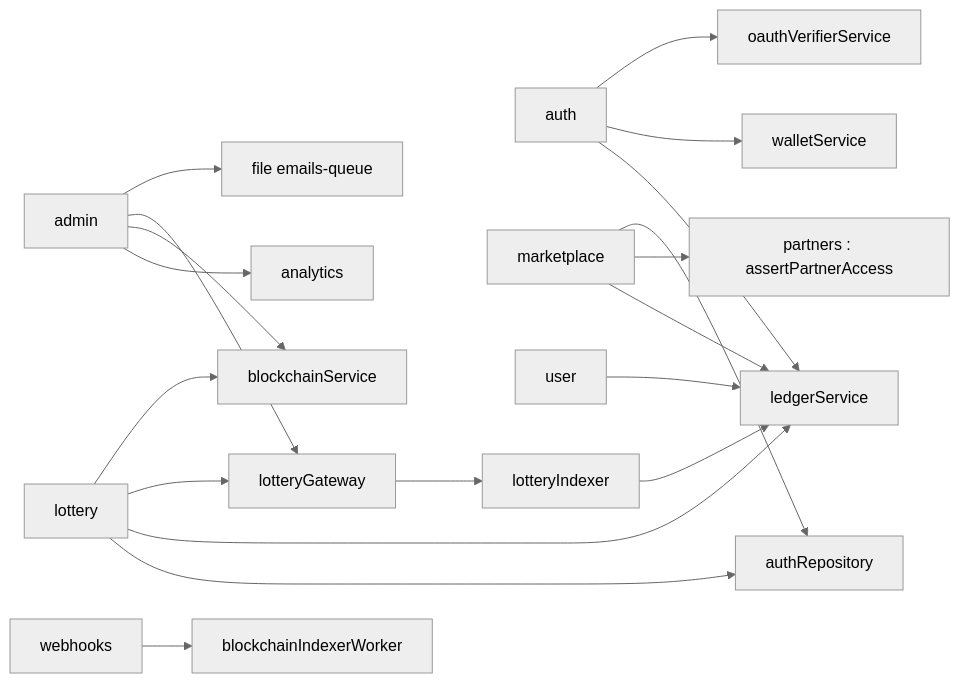
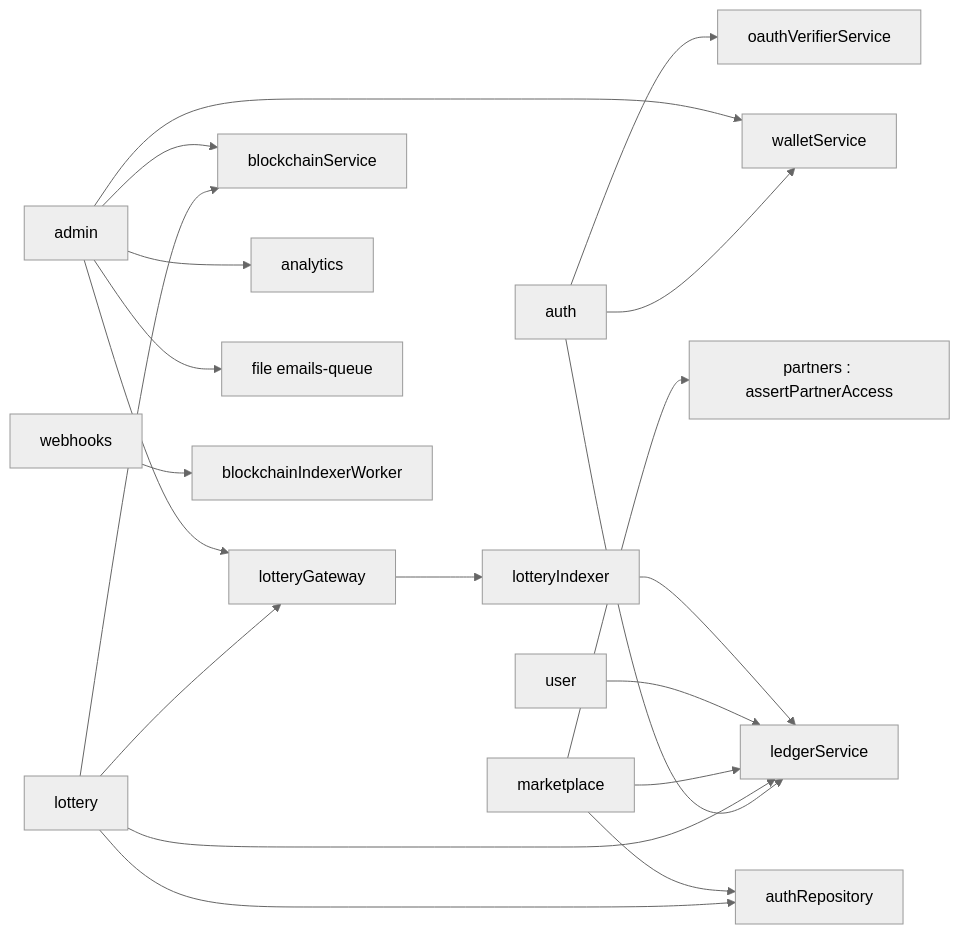
Before and after one commit to MarceauTDML/BlockLucky: the diagram in documentation-officielle/content/backend/modules/index.md, drawn with Mermaid (neutral theme). The commit also changed other lines of this file and 402 other files, not shown here.

````diff
--- a/documentation-officielle/content/backend/modules/index.md
+++ b/documentation-officielle/content/backend/modules/index.md
@@ -23,21 +23,22 @@
 ```mermaid
 flowchart LR
     auth["auth"] --> ledger["ledgerService"]
     auth --> wallet["walletService"]
     auth --> oauth["oauthVerifierService"]
     lottery["lottery"] --> authRepo["authRepository"]
     lottery --> ledger
     lottery --> gateway["lotteryGateway"]
     lottery --> bsvc["blockchainService"]
     marketplace["marketplace"] --> ledger
     marketplace --> partners["partners : assertPartnerAccess"]
     marketplace --> authRepo
     user["user"] --> ledger
     admin["admin"] --> analytics["analytics"]
     admin --> bsvc
     admin --> gateway
     admin --> emails["file emails-queue"]
+    admin --> wallet
     webhooks["webhooks"] --> indexer["blockchainIndexerWorker"]
     gateway --> indexer2["lotteryIndexer"]
     indexer2 --> ledger
 ```
````
